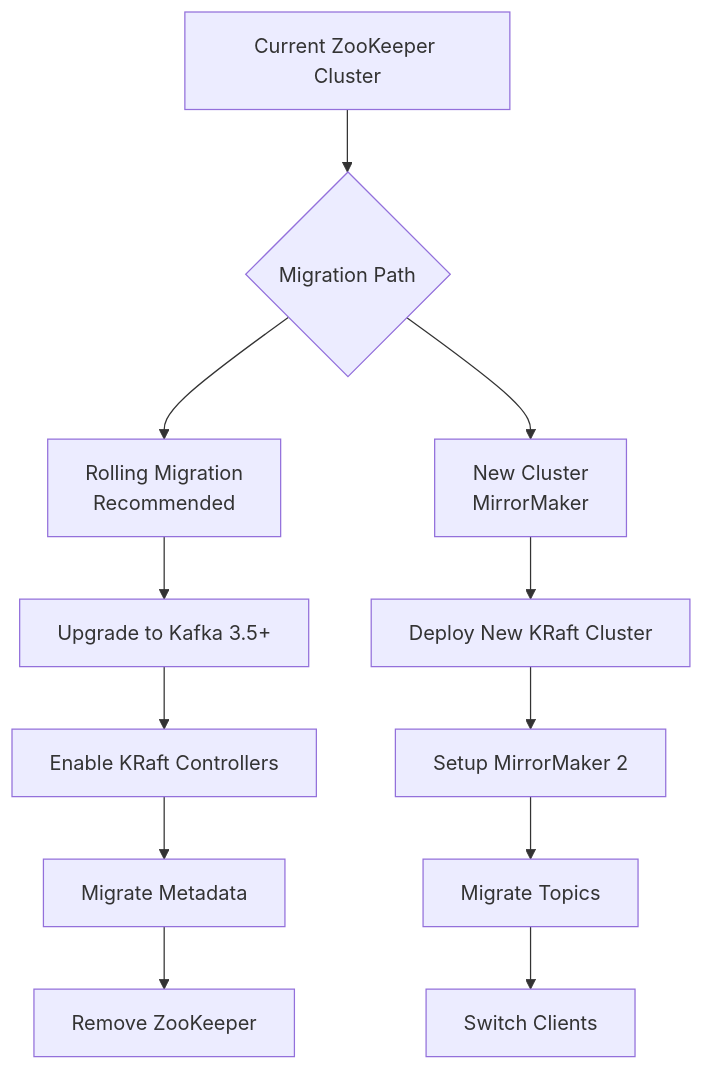
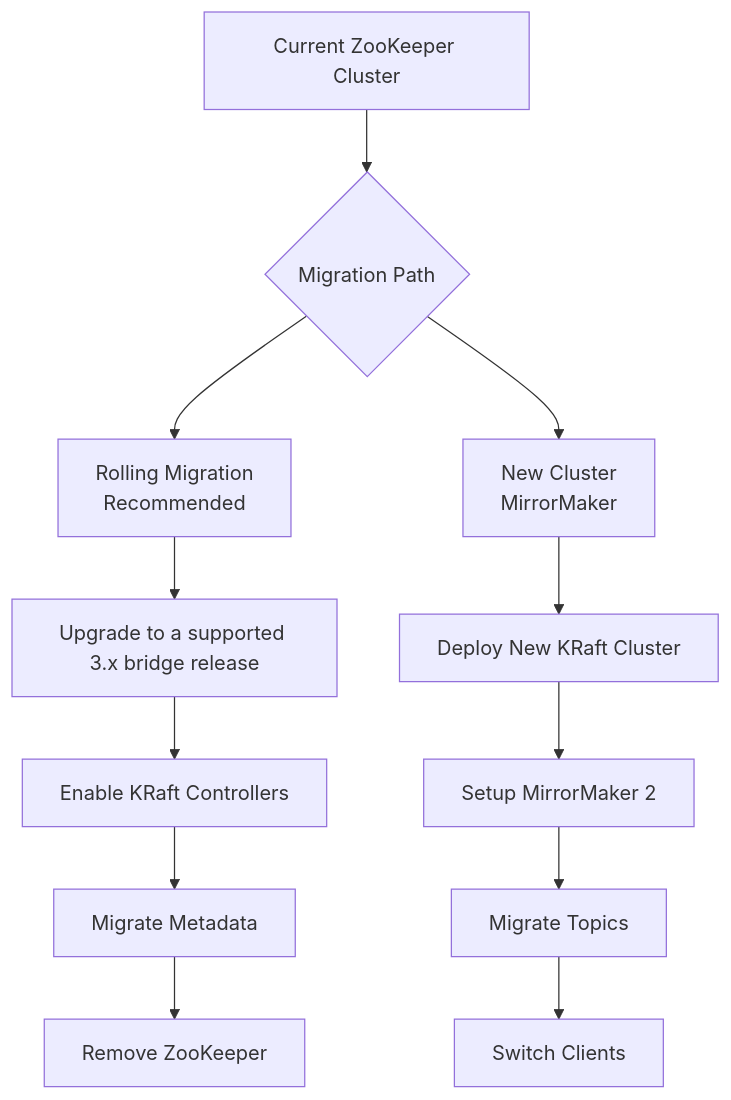
One commit to OneUptime/blog changed the third of 3 diagrams in posts/2026-01-24-configure-kraft-mode-without-zookeeper/README.md. Above: the diagram before and after it, drawn with Mermaid. The commit also changed other lines of this file and 4262 other files, not shown here.

````diff
--- a/posts/2026-01-24-configure-kraft-mode-without-zookeeper/README.md
+++ b/posts/2026-01-24-configure-kraft-mode-without-zookeeper/README.md
@@ -569,16 +569,16 @@
 ```mermaid
 flowchart TB
     A[Current ZooKeeper Cluster] --> B{Migration Path}
     B --> C[Rolling Migration<br/>Recommended]
     B --> D[New Cluster<br/>MirrorMaker]
 
-    C --> C1[Upgrade to Kafka 3.5+]
+    C --> C1[Upgrade to a supported 3.x bridge release]
     C1 --> C2[Enable KRaft Controllers]
     C2 --> C3[Migrate Metadata]
     C3 --> C4[Remove ZooKeeper]
 
     D --> D1[Deploy New KRaft Cluster]
     D1 --> D2[Setup MirrorMaker 2]
     D2 --> D3[Migrate Topics]
     D3 --> D4[Switch Clients]
 ```
````
